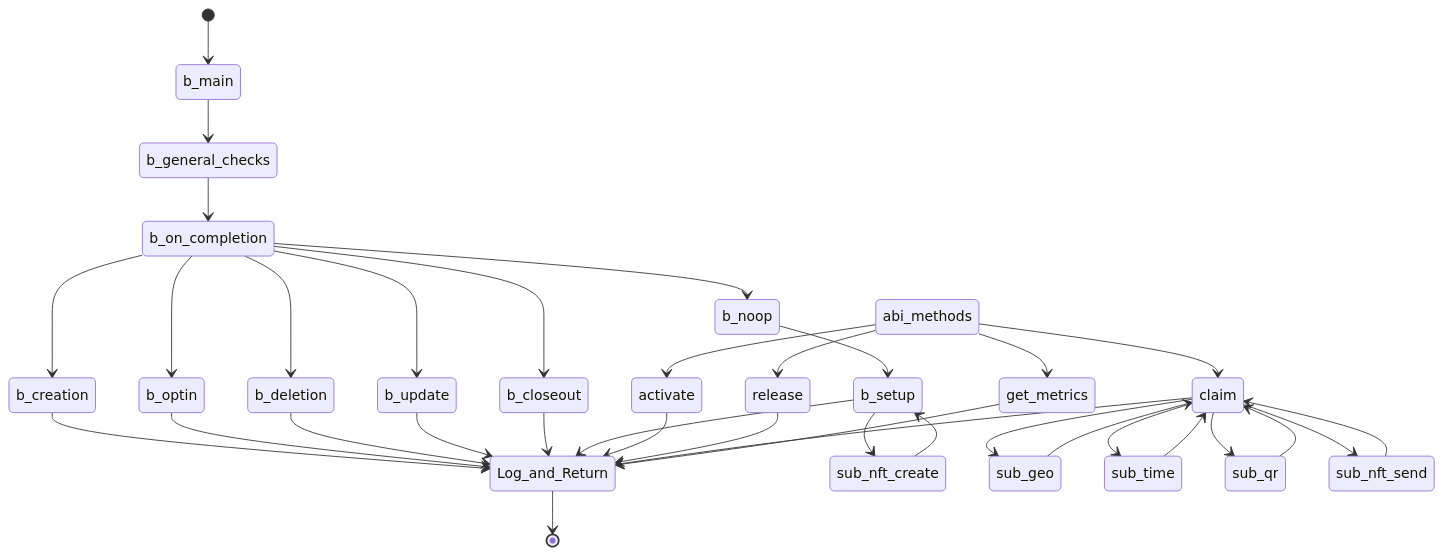
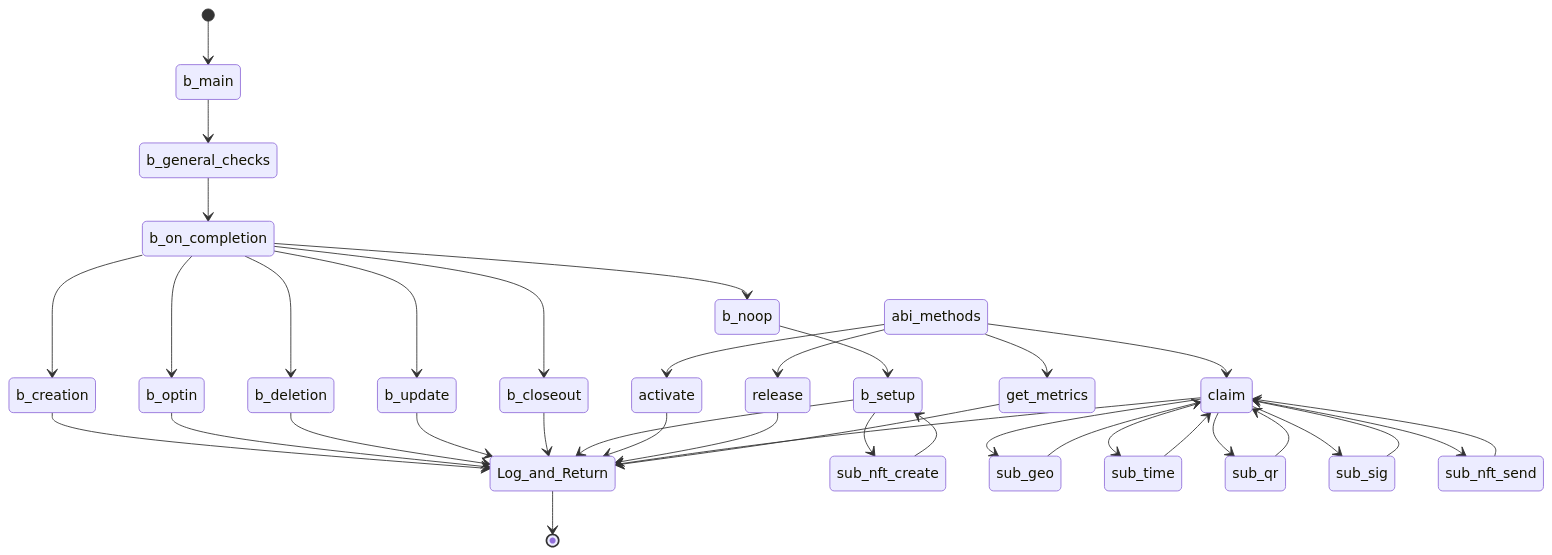
The ninth of 10 diagrams in profile/README.md (GoPlausible/.github), drawn with Mermaid before and after one commit. The commit also changed other lines of this file, not shown here.

````diff
--- a/profile/README.md
+++ b/profile/README.md
@@ -304,52 +307,54 @@
 ```mermaid
   stateDiagram-v2
     [*] --> b_main
     b_main --> b_general_checks
     b_general_checks --> b_on_completion
     
     b_on_completion --> b_creation
     b_creation --> Log_and_Return
     b_on_completion --> b_optin
     b_optin --> Log_and_Return
     b_on_completion --> b_deletion
     b_deletion --> Log_and_Return
     b_on_completion --> b_update
     b_update --> Log_and_Return
     b_on_completion --> b_closeout
     b_closeout --> Log_and_Return
 
     b_on_completion --> b_noop
     b_noop --> b_setup
     b_setup --> sub_nft_create
     sub_nft_create --> b_setup
     b_setup --> Log_and_Return
    
 
 
     abi_methods --> activate
     activate --> Log_and_Return
 
     abi_methods --> release
     release --> Log_and_Return
 
     abi_methods --> claim
     claim --> sub_geo
     sub_geo --> claim
     claim --> sub_time
     sub_time --> claim
     claim --> sub_qr
     sub_qr --> claim
+    claim --> sub_sig
+    sub_sig --> claim
     claim --> sub_nft_send
     sub_nft_send --> claim
     claim --> Log_and_Return
 
 
     
   
     abi_methods --> get_metrics
     get_metrics --> Log_and_Return
   
     
     Log_and_Return --> [*]
     
 ```
````
